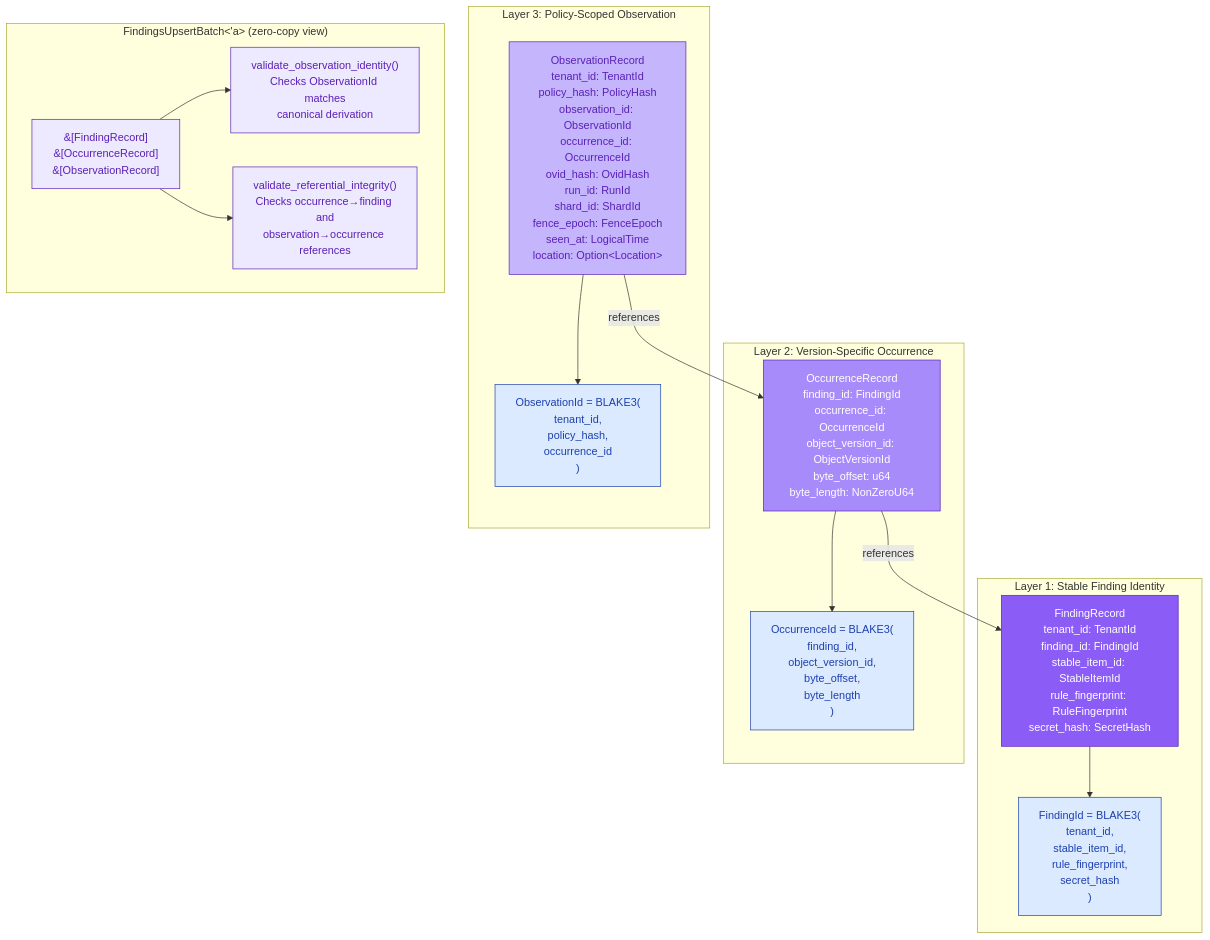
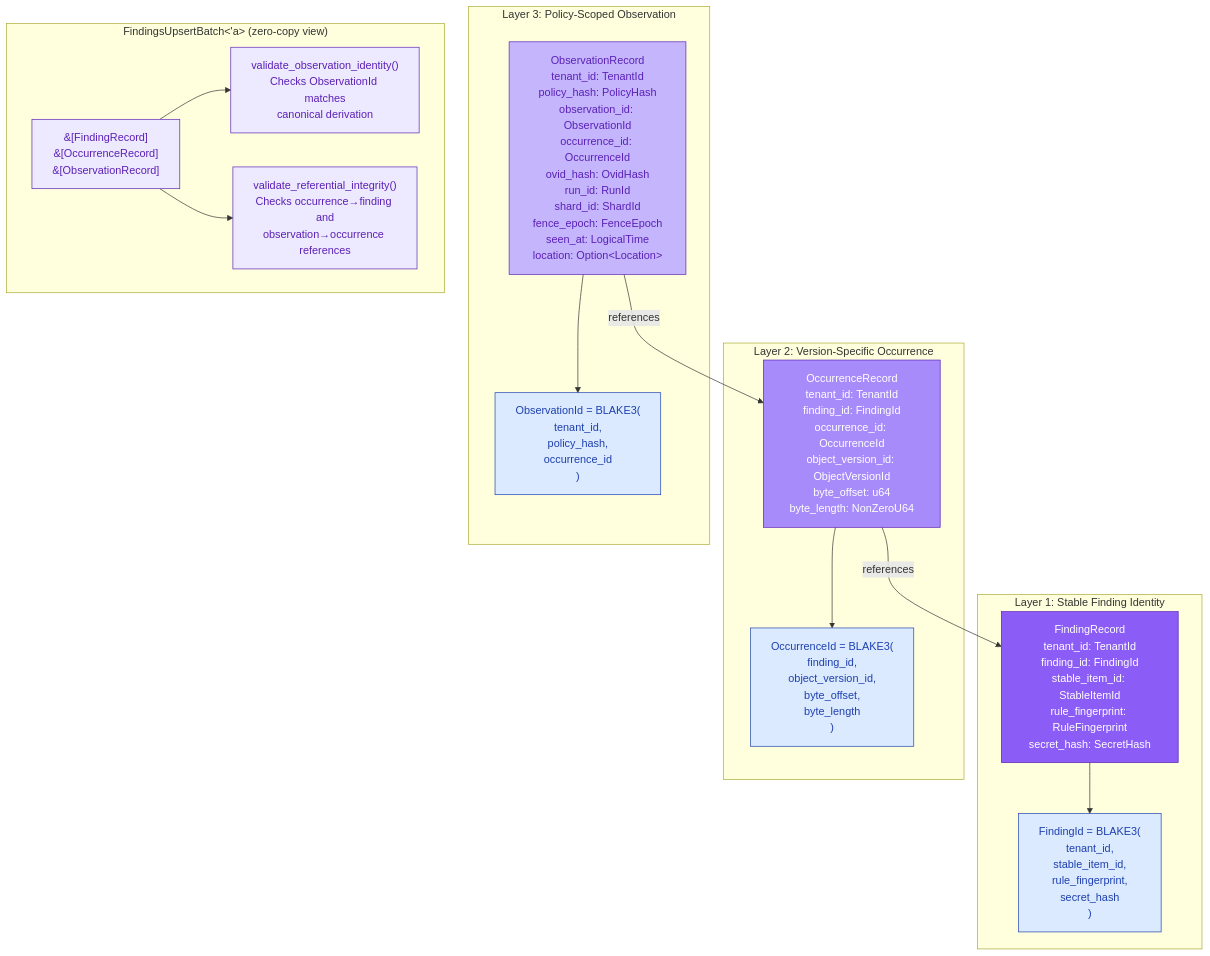
Before and after one commit to ahrav/Gossip-rs: the second of 6 diagrams in diagrams/19-persistence-contracts.md, drawn with Mermaid. The commit also changed other lines of this file and 3 other files, not shown here.

First line of the commit message:
Update diagrams for new persistence crates

````diff
--- a/diagrams/19-persistence-contracts.md
+++ b/diagrams/19-persistence-contracts.md
@@ -146,46 +146,46 @@
 ```mermaid
 %% Diagram: three-layer-findings-model
 graph TB
     subgraph layer1 ["Layer 1: Stable Finding Identity"]
         FR["FindingRecord<br/>tenant_id: TenantId<br/>finding_id: FindingId<br/>stable_item_id: StableItemId<br/>rule_fingerprint: RuleFingerprint<br/>secret_hash: SecretHash"]
         FID["FindingId = BLAKE3(<br/>  tenant_id,<br/>  stable_item_id,<br/>  rule_fingerprint,<br/>  secret_hash<br/>)"]
     end
 
     subgraph layer2 ["Layer 2: Version-Specific Occurrence"]
-        OR["OccurrenceRecord<br/>finding_id: FindingId<br/>occurrence_id: OccurrenceId<br/>object_version_id: ObjectVersionId<br/>byte_offset: u64<br/>byte_length: NonZeroU64"]
+        OR["OccurrenceRecord<br/>tenant_id: TenantId<br/>finding_id: FindingId<br/>occurrence_id: OccurrenceId<br/>object_version_id: ObjectVersionId<br/>byte_offset: u64<br/>byte_length: NonZeroU64"]
         OID["OccurrenceId = BLAKE3(<br/>  finding_id,<br/>  object_version_id,<br/>  byte_offset,<br/>  byte_length<br/>)"]
     end
 
     subgraph layer3 ["Layer 3: Policy-Scoped Observation"]
         OBS["ObservationRecord<br/>tenant_id: TenantId<br/>policy_hash: PolicyHash<br/>observation_id: ObservationId<br/>occurrence_id: OccurrenceId<br/>ovid_hash: OvidHash<br/>run_id: RunId<br/>shard_id: ShardId<br/>fence_epoch: FenceEpoch<br/>seen_at: LogicalTime<br/>location: Option&lt;Location&gt;"]
         OBSID["ObservationId = BLAKE3(<br/>  tenant_id,<br/>  policy_hash,<br/>  occurrence_id<br/>)"]
     end
 
     subgraph batch ["FindingsUpsertBatch&lt;'a&gt; (zero-copy view)"]
         BATCH["&amp;[FindingRecord]<br/>&amp;[OccurrenceRecord]<br/>&amp;[ObservationRecord]"]
         VAL_OBS["validate_observation_identity()<br/>Checks ObservationId matches<br/>canonical derivation"]
         VAL_REF["validate_referential_integrity()<br/>Checks occurrence→finding and<br/>observation→occurrence references"]
     end
 
     FR --> FID
     OR --> OID
     OBS --> OBSID
 
     OR -->|"references"| FR
     OBS -->|"references"| OR
 
     BATCH --> VAL_OBS
     BATCH --> VAL_REF
 
     style FR fill:#8B5CF6,stroke:#5B21B6,color:#FFF
     style OR fill:#A78BFA,stroke:#5B21B6,color:#FFF
     style OBS fill:#C4B5FD,stroke:#5B21B6,color:#5B21B6
 
     style FID fill:#DBEAFE,stroke:#1E40AF,color:#1E40AF
     style OID fill:#DBEAFE,stroke:#1E40AF,color:#1E40AF
     style OBSID fill:#DBEAFE,stroke:#1E40AF,color:#1E40AF
 
     style BATCH fill:#EDE9FE,stroke:#5B21B6,color:#5B21B6
     style VAL_OBS fill:#EDE9FE,stroke:#5B21B6,color:#5B21B6
     style VAL_REF fill:#EDE9FE,stroke:#5B21B6,color:#5B21B6
 ```
````
